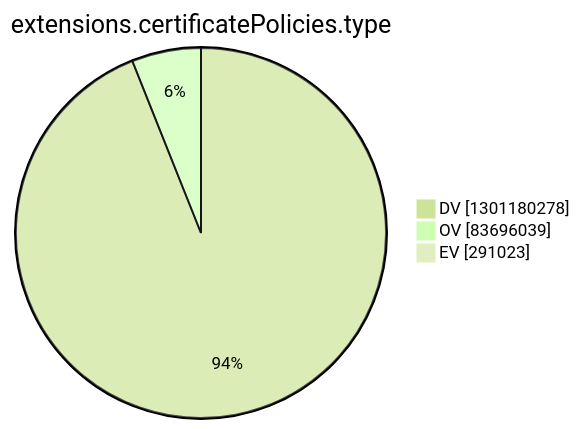
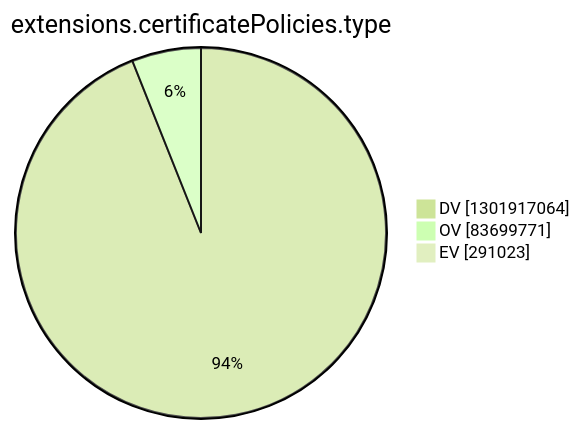
One commit to christiankrug/ctmonitor_visualization changed the tenth of 15 diagrams in argon2022/README.md. Above: the diagram before and after it, drawn with Mermaid (forest theme). The commit also changed other lines of this file, not shown here.

````diff
--- a/argon2022/README.md
+++ b/argon2022/README.md
@@ -2772,7 +2772,7 @@
 ```mermaid
 pie showData
 title extensions.certificatePolicies.type
-"DV" :1301180278
-"OV" :83696039
+"DV" :1301917064
+"OV" :83699771
 "EV" :291023
 ```
````
